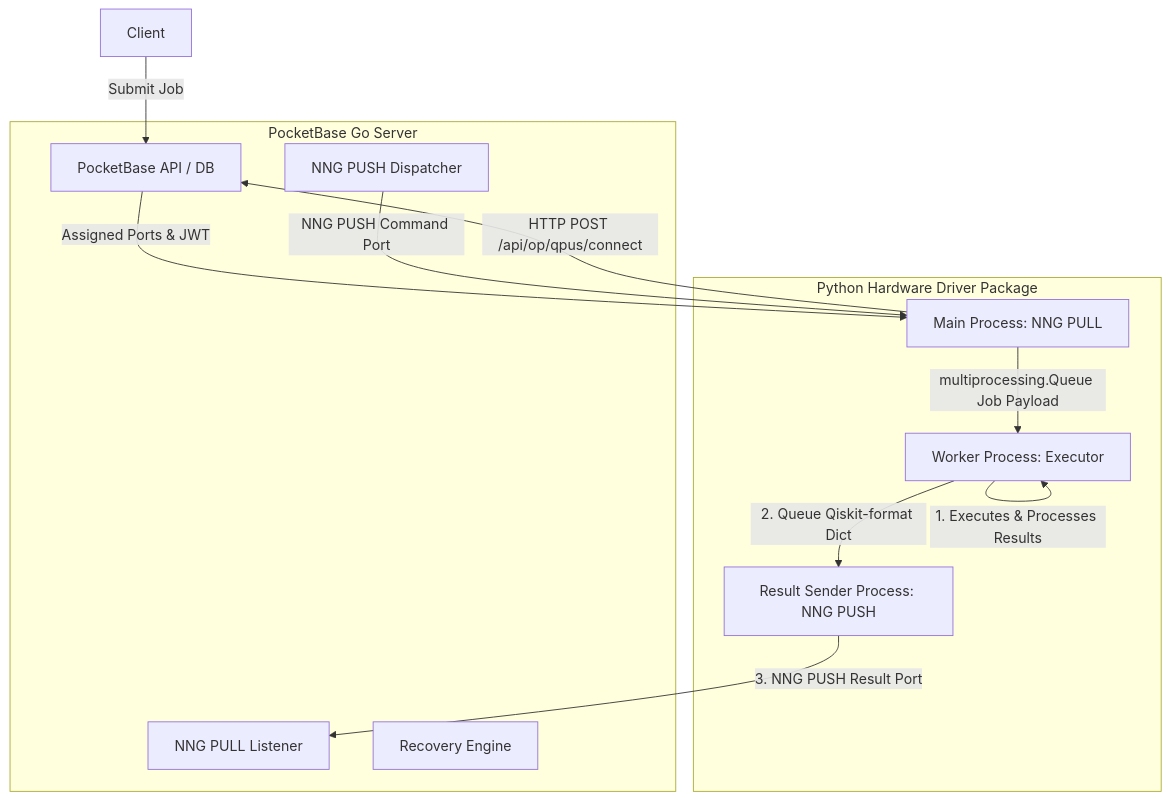
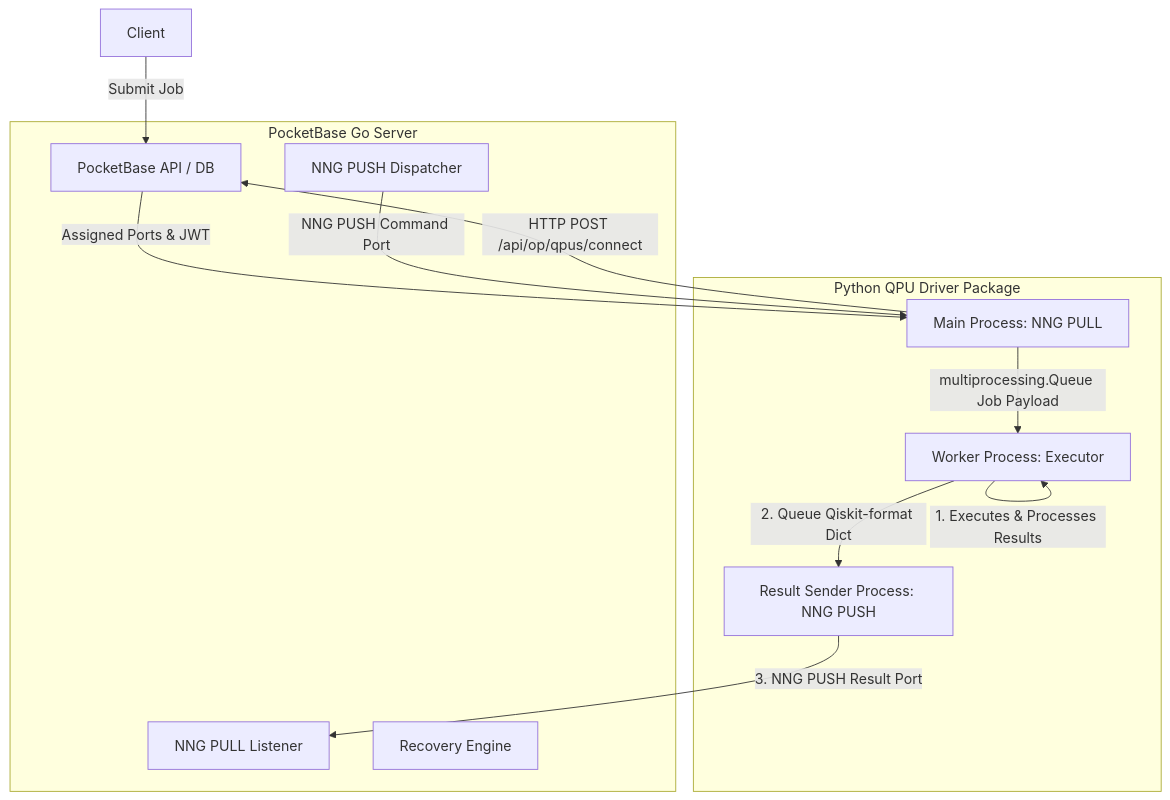
Before and after one commit to sopherapps/qpi: the second of 2 diagrams in README.md, drawn with Mermaid. The commit also changed other lines of this file and 11 other files, not shown here.

Commit message:
refactor: rename hardware driver to QPU driver and fix QPU registry visibility

````diff
--- a/README.md
+++ b/README.md
@@ -95,29 +95,29 @@
 ```mermaid
 graph TD
     subgraph pocketbase [PocketBase Go Server]
         PB[PocketBase API / DB]
         Dispatcher[NNG PUSH Dispatcher]
         Listener[NNG PULL Listener]
         Recovery[Recovery Engine]
     end
 
-    subgraph python_driver [Python Hardware Driver Package]
+    subgraph python_driver [Python QPU Driver Package]
         MainProc[Main Process: NNG PULL]
         Worker[Worker Process: Executor]
         ResultSender[Result Sender Process: NNG PUSH]
     end
 
     %% Client Interactions
     User[Client] -->|Submit Job| PB
     
     %% Handshake & Connection
     MainProc -->|HTTP POST /api/op/qpus/connect| PB
     PB -->|Assigned Ports & JWT| MainProc
     
     %% Multiprocessing Communication
     Dispatcher -->|NNG PUSH Command Port| MainProc
     MainProc -->|multiprocessing.Queue Job Payload| Worker
     Worker -->|1. Executes & Processes Results| Worker
     Worker -->|2. Queue Qiskit-format Dict| ResultSender
     ResultSender -->|3. NNG PUSH Result Port| Listener
 ```
````
